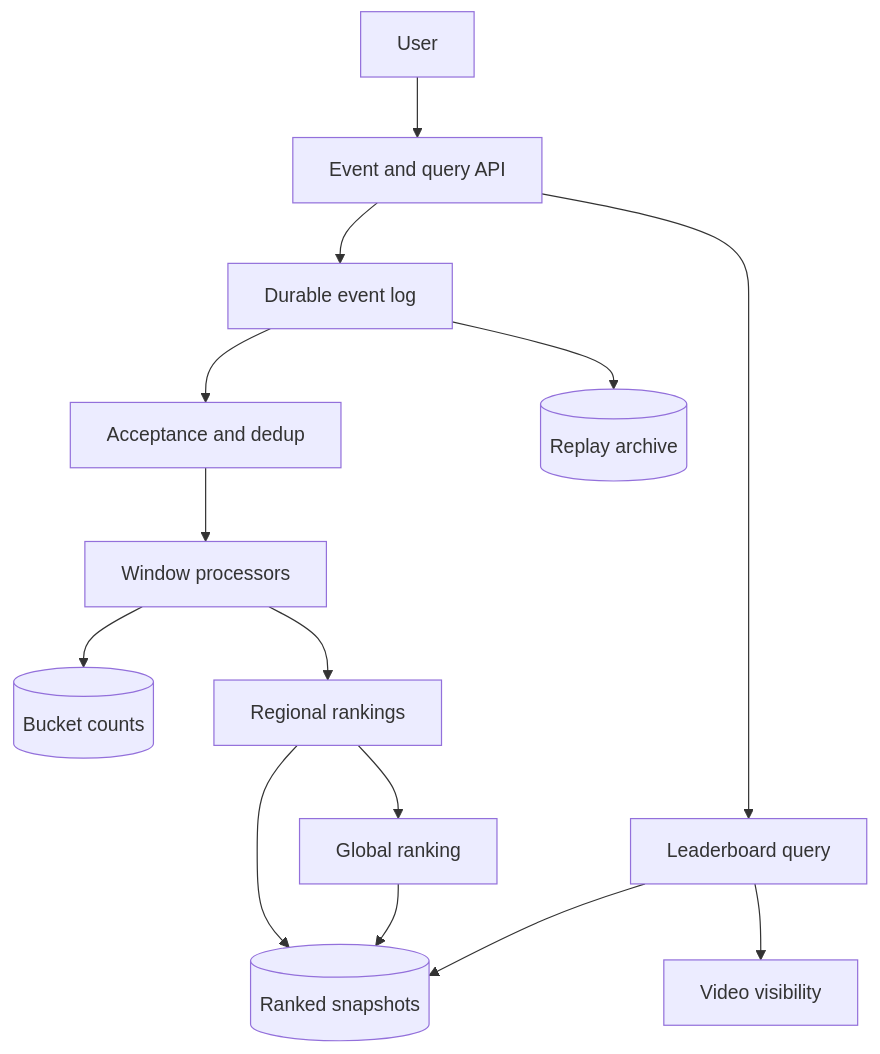
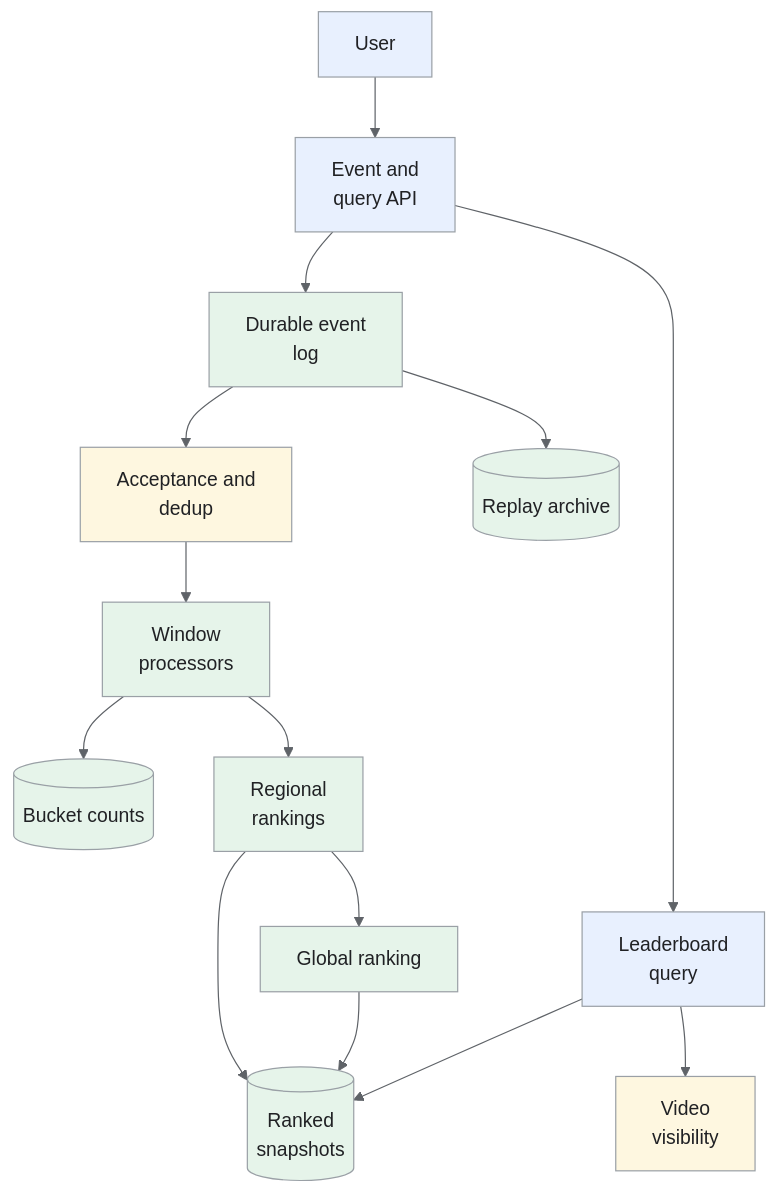
Before and after one commit to iliazlobin/iliazlobin.github.io: the first of 5 diagrams in _designs/system-design-youtube.md, drawn with Mermaid. The commit also changed other lines of this file and 131 other files, not shown here.

````diff
--- a/_designs/system-design-youtube.md
+++ b/_designs/system-design-youtube.md
@@ -120,16 +136,24 @@
 ```mermaid
+%%{init: {"theme":"base","themeVariables":{"primaryColor":"#e8f0fe","primaryBorderColor":"#9aa0a6","primaryTextColor":"#202124","secondaryColor":"#e6f4ea","tertiaryColor":"#fef7e0","lineColor":"#5f6368","actorBkg":"#e8f0fe","actorBorder":"#9aa0a6","actorTextColor":"#202124","noteBkgColor":"#fef7e0","noteBorderColor":"#9aa0a6","noteTextColor":"#202124","signalColor":"#5f6368","signalTextColor":"#202124"}}}%%
 flowchart TB
-  U["User"] --> API["Event and query API"]
-  API --> E["Durable event log"]
-  E --> V["Acceptance and dedup"]
-  V --> W["Window processors"]
+  U["User"] --> API["Event and<br>query API"]
+  API --> E["Durable event<br>log"]
+  E --> V["Acceptance and<br>dedup"]
+  V --> W["Window<br>processors"]
   W --> C[("Bucket counts")]
-  W --> R["Regional rankings"]
+  W --> R["Regional<br>rankings"]
   R --> G["Global ranking"]
-  R --> S[("Ranked snapshots")]
+  R --> S[("Ranked<br>snapshots")]
   G --> S
-  API --> Q["Leaderboard query"]
+  API --> Q["Leaderboard<br>query"]
   Q --> S
-  Q --> M["Video visibility"]
+  Q --> M["Video<br>visibility"]
   E --> O[("Replay archive")]
+classDef request fill:#e8f0fe,stroke:#9aa0a6,color:#202124;
+classDef data fill:#e6f4ea,stroke:#9aa0a6,color:#202124;
+classDef control fill:#fef7e0,stroke:#9aa0a6,color:#202124;
+class U,API,Q request;
+class E,W,C,R,G,S,O data;
+class V,M control;
+
 ```
````
